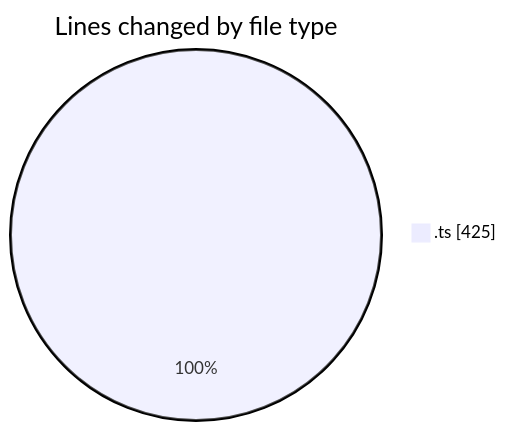
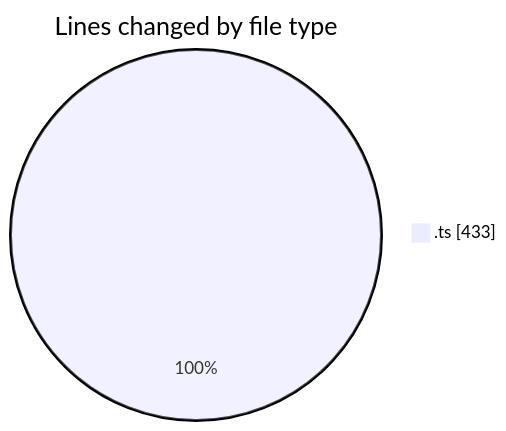
The first of 2 diagrams in 2026-03-31/cinema/README.md (igalym/code-tracking), drawn with Mermaid before and after one commit. The commit also changed other lines of this file and 1 other file, not shown here.

````diff
--- a/2026-03-31/cinema/README.md
+++ b/2026-03-31/cinema/README.md
@@ -37,5 +37,5 @@
 ```mermaid
 pie showData
 title Lines changed by file type
-".ts" : 425
+".ts" : 433
 ```
````
